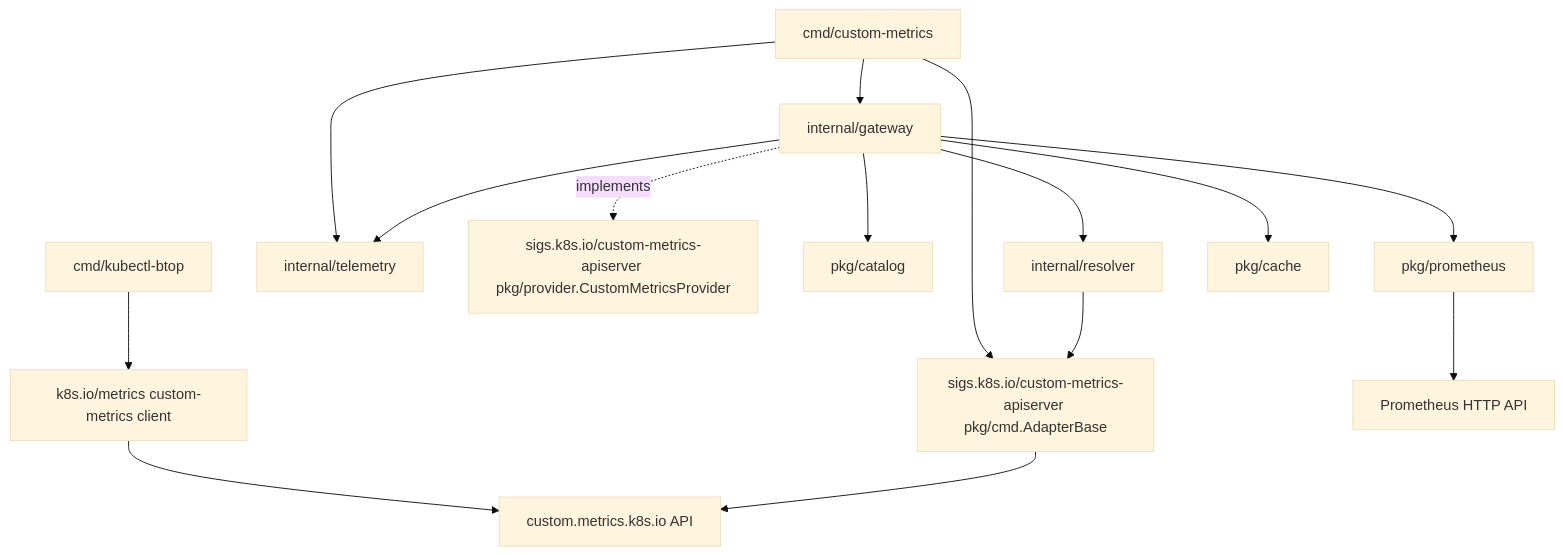
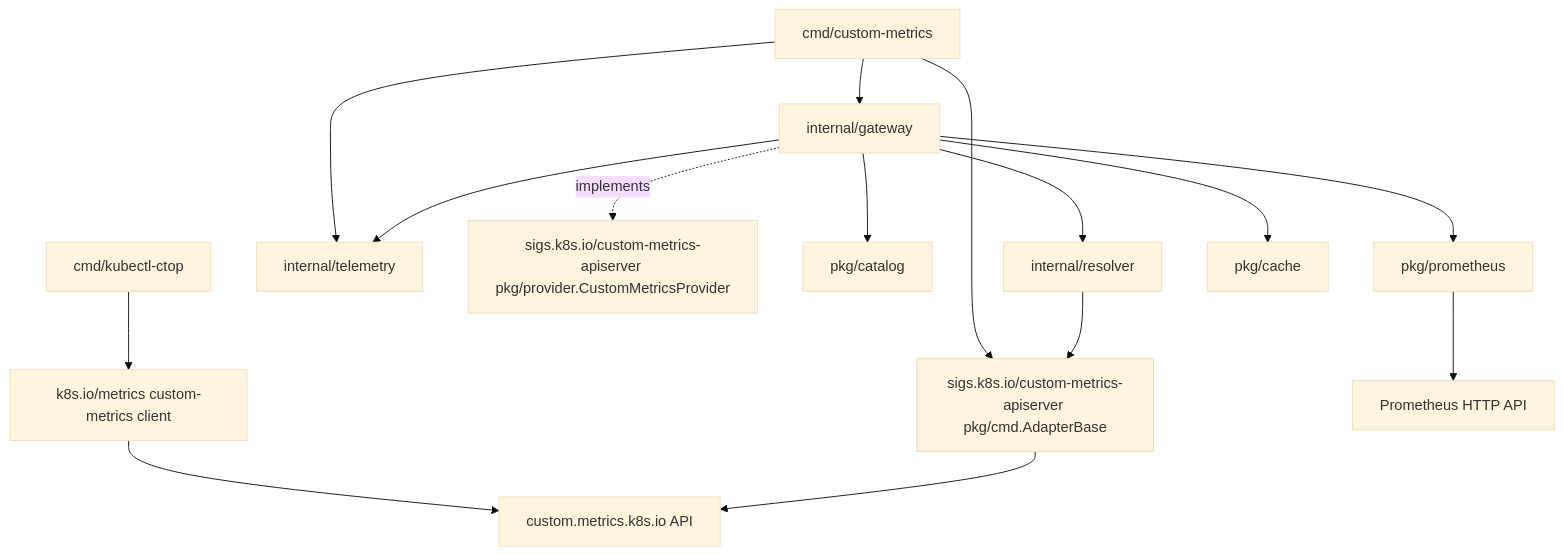
The diagram in docs/design.md (sergelogvinov/kubernetes-custom-metrics), drawn with Mermaid (base theme) before and after one commit. The commit also changed other lines of this file and 28 other files, not shown here.

````diff
--- a/docs/design.md
+++ b/docs/design.md
@@ -122,18 +122,18 @@
 ```mermaid
 flowchart TD
-    btop[cmd/kubectl-btop] --> UpstreamClient[k8s.io/metrics custom-metrics client]
+    ctop[cmd/kubectl-ctop] --> UpstreamClient[k8s.io/metrics custom-metrics client]
     UpstreamClient --> CustomAPI[custom.metrics.k8s.io API]
 
     ServerMain[cmd/custom-metrics] --> AdapterBase[sigs.k8s.io/custom-metrics-apiserver pkg/cmd.AdapterBase]
     ServerMain --> Gateway[internal/gateway]
     ServerMain --> Telemetry[internal/telemetry]
     AdapterBase --> CustomAPI
     Gateway -.implements.-> ProviderIface[sigs.k8s.io/custom-metrics-apiserver pkg/provider.CustomMetricsProvider]
     Gateway --> Telemetry
     Gateway --> Catalog[pkg/catalog]
     Gateway --> Resolver[internal/resolver]
     Gateway --> Prom[pkg/prometheus]
     Gateway --> Cache[pkg/cache]
     Resolver --> AdapterBase
     Prom --> Prometheus[Prometheus HTTP API]
 ```
````
